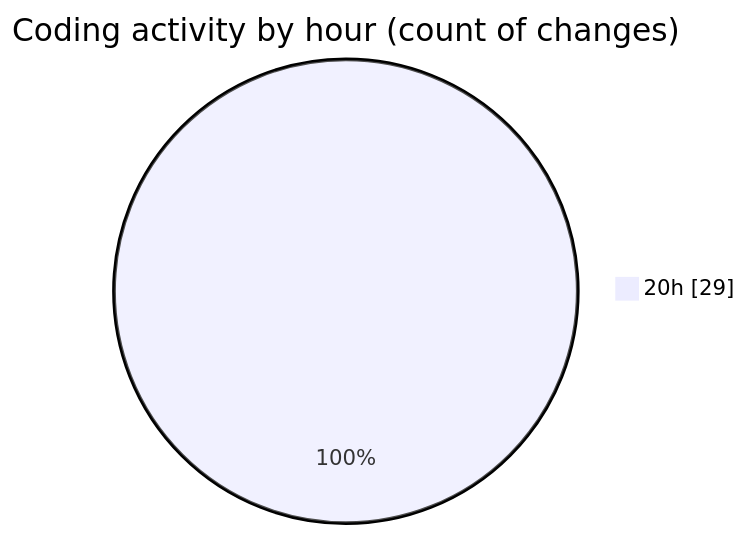
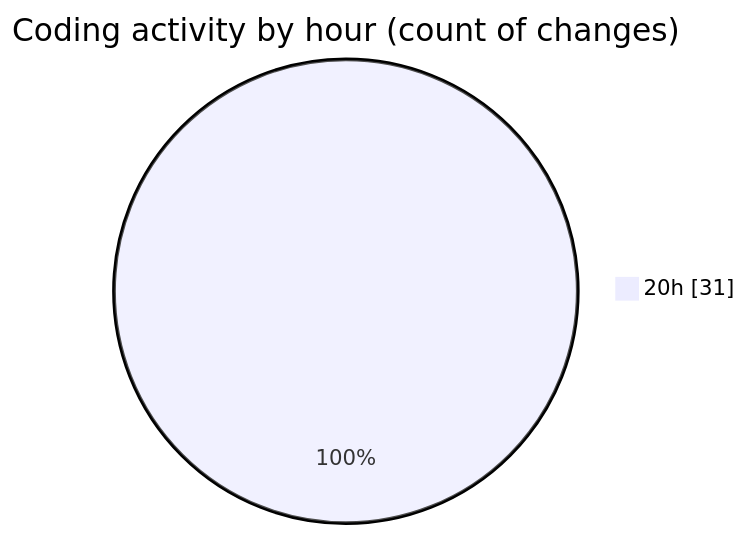
One commit to Netris89/code-tracking changed the second of 2 diagrams in 2025-10-29/skintrack/README.md. Above: the diagram before and after it, drawn with Mermaid. The commit also changed other lines of this file and 1 other file, not shown here.

````diff
--- a/2025-10-29/skintrack/README.md
+++ b/2025-10-29/skintrack/README.md
@@ -35,5 +35,5 @@
 ```mermaid
 pie showData
 title Coding activity by hour (count of changes)
-"20h" : 29
+"20h" : 31
 ```
````
